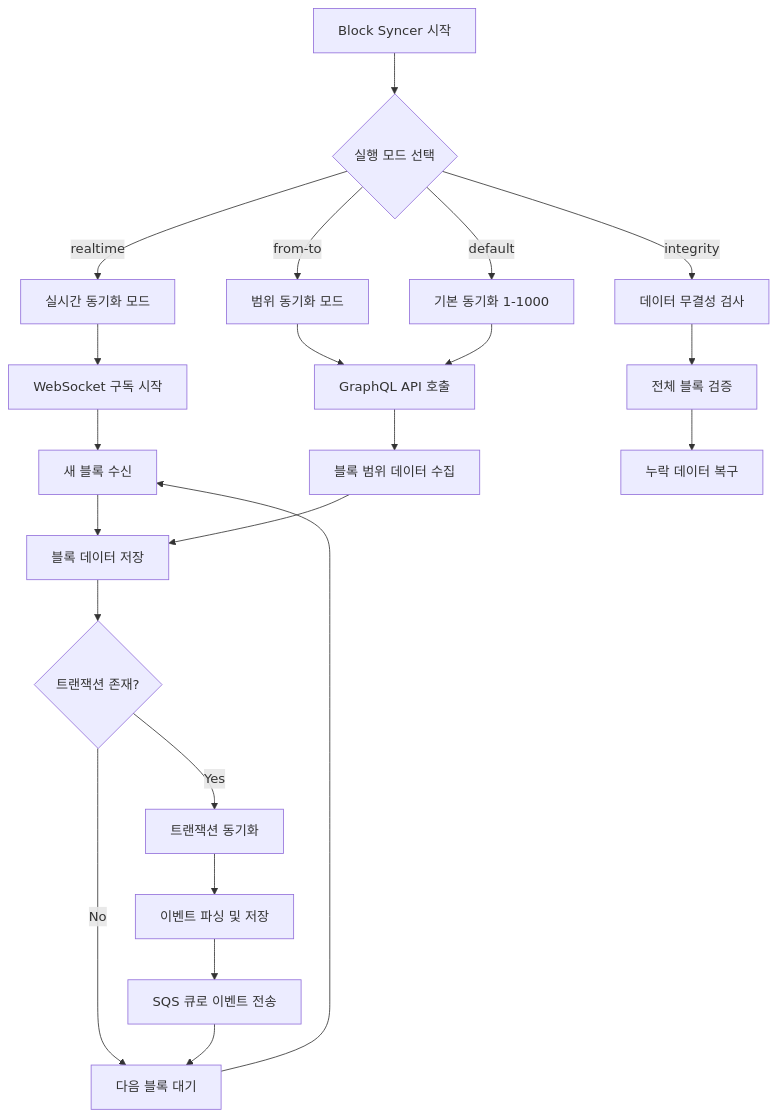
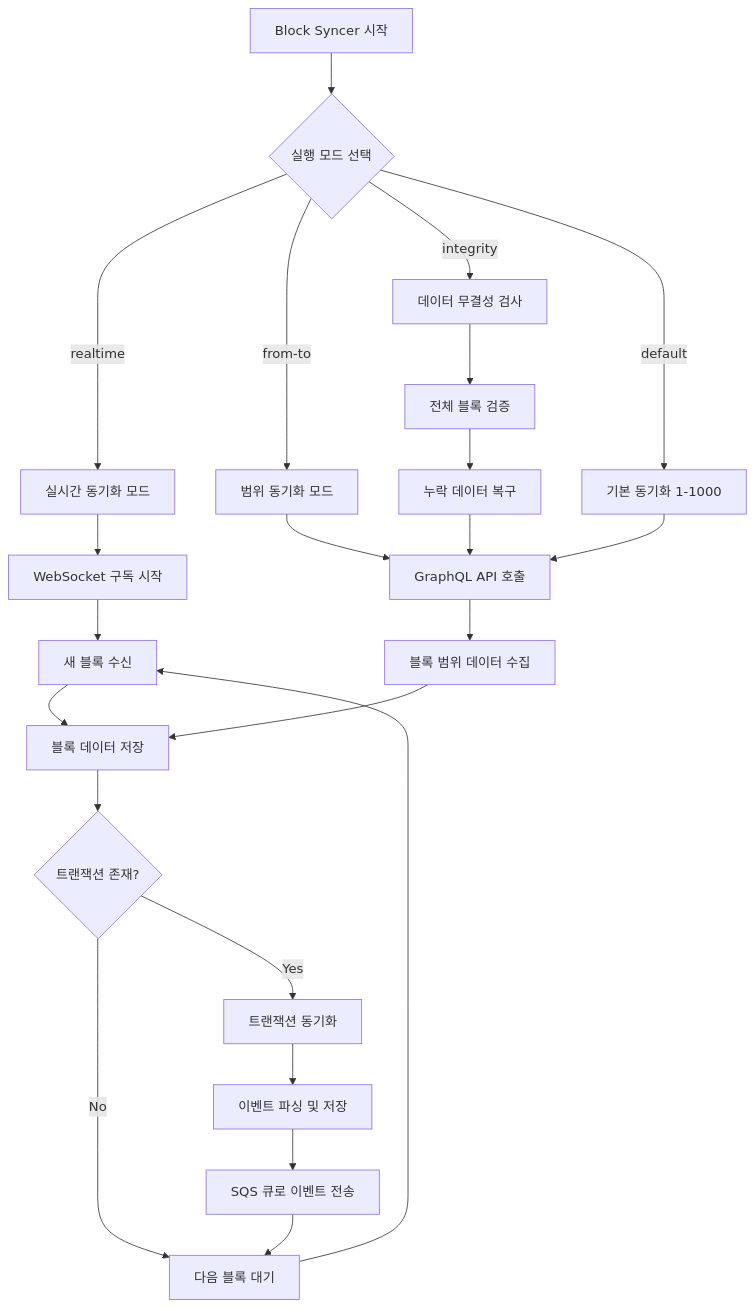
Before and after one commit to DSeung001/token_balance_indexer: the first of 4 diagrams in readme.md, drawn with Mermaid. The commit also changed other lines of this file, not shown here.

````diff
--- a/readme.md
+++ b/readme.md
@@ -92,29 +92,30 @@
 ```mermaid
 flowchart TD
     A[Block Syncer 시작] --> B{실행 모드 선택}
     
     B -->|realtime| C[실시간 동기화 모드]
     B -->|from-to| D[범위 동기화 모드]
     B -->|integrity| E[데이터 무결성 검사]
     B -->|default| F[기본 동기화 1-1000]
     
     C --> G[WebSocket 구독 시작]
     G --> H[새 블록 수신]
     H --> I[블록 데이터 저장]
     I --> J{트랜잭션 존재?}
     J -->|Yes| K[트랜잭션 동기화]
     J -->|No| L[다음 블록 대기]
     K --> M[이벤트 파싱 및 저장]
     M --> N[SQS 큐로 이벤트 전송]
     N --> L
     L --> H
     
     D --> O[GraphQL API 호출]
     O --> P[블록 범위 데이터 수집]
     P --> I
     
     E --> Q[전체 블록 검증]
     Q --> R[누락 데이터 복구]
+    R --> O
     
     F --> O
 ```
````
